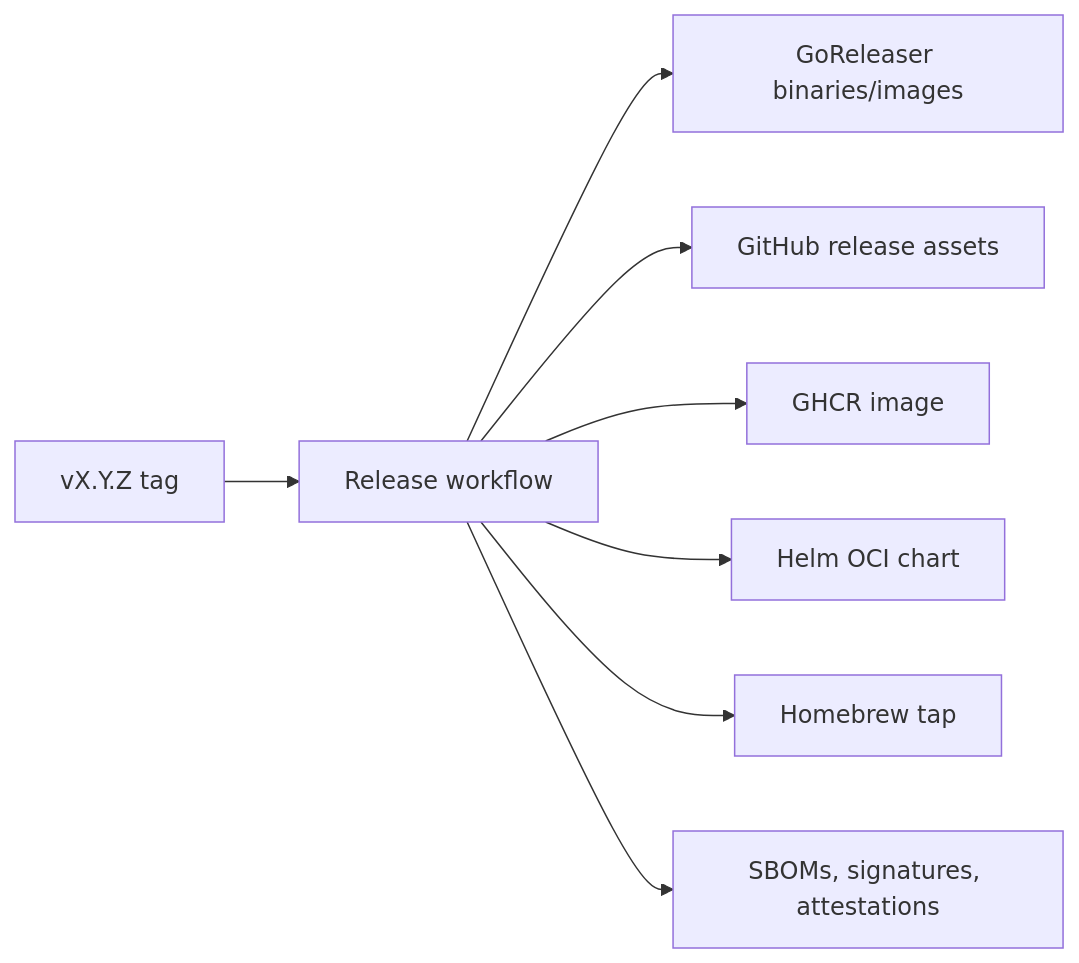
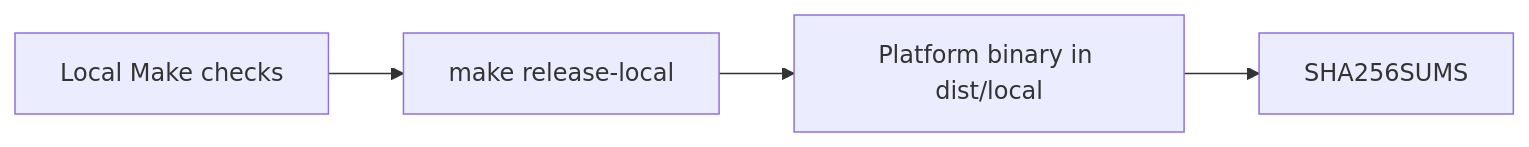
The second of 2 diagrams in docs/design/architecture.md (RamazanKara/kube-shield), drawn with Mermaid before and after one commit. The commit also changed other lines of this file and 28 other files, not shown here.

````diff
--- a/docs/design/architecture.md
+++ b/docs/design/architecture.md
@@ -147,10 +148,6 @@
 ```mermaid
 graph LR
-    Tag["vX.Y.Z tag"] --> Release["Release workflow"]
-    Release --> GoReleaser["GoReleaser binaries/images"]
-    Release --> GHRelease["GitHub release assets"]
-    Release --> GHCR["GHCR image"]
-    Release --> Helm["Helm OCI chart"]
-    Release --> Brew["Homebrew tap"]
-    Release --> Trust["SBOMs, signatures, attestations"]
+    Checks["Local Make checks"] --> Build["make release-local"]
+    Build --> Binary["Platform binary in dist/local"]
+    Binary --> Sums["SHA256SUMS"]
 ```
````
